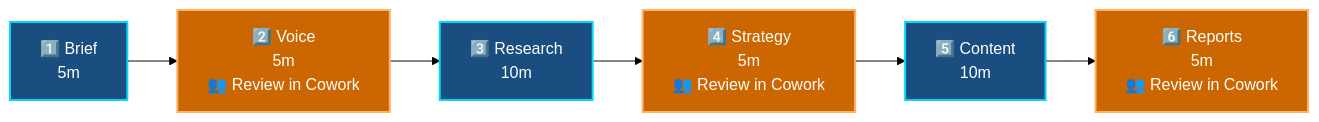
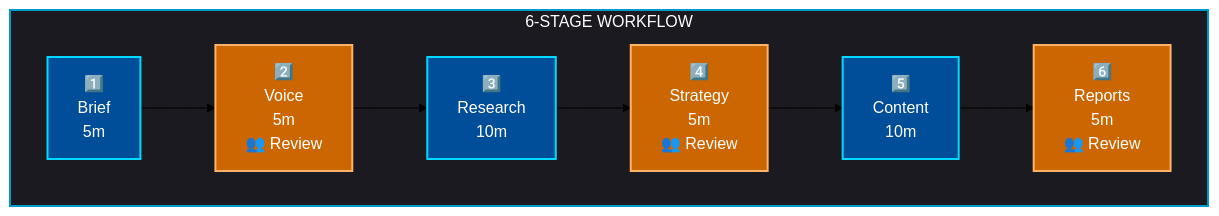
Before and after one commit to shireen168/marketing-os: the second of 4 diagrams in README.md, drawn with Mermaid (forest theme). The commit also changed other lines of this file, not shown here.

First line of the commit message:
refactor: polish diagram alignment and spacing

````diff
--- a/README.md
+++ b/README.md
@@ -122,15 +129,22 @@
 ```mermaid
-graph LR
-    A["1️⃣ Brief<br/>5m"] --> B["2️⃣ Voice<br/>5m<br/>👥 Review in Cowork"]
-    B --> C["3️⃣ Research<br/>10m"]
-    C --> D["4️⃣ Strategy<br/>5m<br/>👥 Review in Cowork"]
-    D --> E["5️⃣ Content<br/>10m"]
-    E --> F["6️⃣ Reports<br/>5m<br/>👥 Review in Cowork"]
+graph TD
+    subgraph workflow["6-STAGE WORKFLOW"]
+        direction LR
+        A["1️⃣<br/>Brief<br/>5m"]
+        B["2️⃣<br/>Voice<br/>5m<br/>👥 Review"]
+        C["3️⃣<br/>Research<br/>10m"]
+        D["4️⃣<br/>Strategy<br/>5m<br/>👥 Review"]
+        E["5️⃣<br/>Content<br/>10m"]
+        F["6️⃣<br/>Reports<br/>5m<br/>👥 Review"]
+        
+        A --> B --> C --> D --> E --> F
+    end
     
-    style A fill:#1a4d80,stroke:#00d9ff,color:#ffffff,stroke-width:2px
+    style workflow fill:#1a1a20,stroke:#0099cc,color:#ffffff,stroke-width:2px
+    style A fill:#004d99,stroke:#00d9ff,color:#ffffff,stroke-width:2px
     style B fill:#cc6600,stroke:#ffb366,color:#ffffff,stroke-width:2px
-    style C fill:#1a4d80,stroke:#00d9ff,color:#ffffff,stroke-width:2px
+    style C fill:#004d99,stroke:#00d9ff,color:#ffffff,stroke-width:2px
     style D fill:#cc6600,stroke:#ffb366,color:#ffffff,stroke-width:2px
-    style E fill:#1a4d80,stroke:#00d9ff,color:#ffffff,stroke-width:2px
+    style E fill:#004d99,stroke:#00d9ff,color:#ffffff,stroke-width:2px
     style F fill:#cc6600,stroke:#ffb366,color:#ffffff,stroke-width:2px
 ```
````
